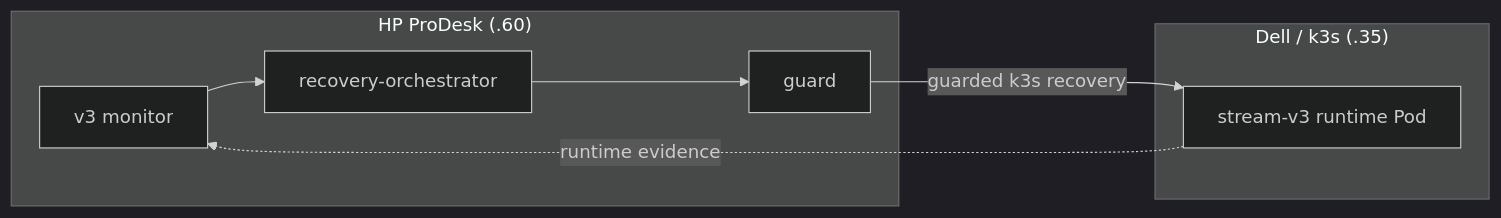
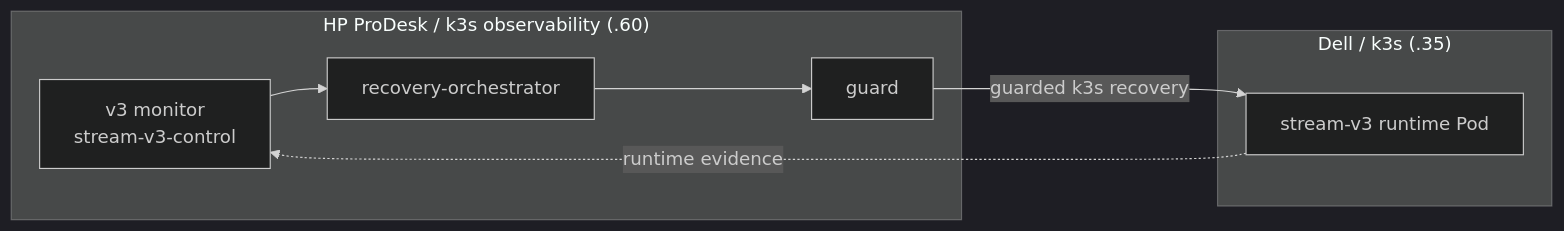
One commit to yukimurata0421/live-stream-systems-case-study changed the third of 4 diagrams in README.md. Above: the diagram before and after it, drawn with Mermaid (dark theme). The commit also changed other lines of this file and 14 other files, not shown here.

Commit message:
Document ProDesk k3s observability topology

````diff
--- a/README.md
+++ b/README.md
@@ -182,17 +193,17 @@
 ```mermaid
 flowchart LR
-    subgraph PD["HP ProDesk (.60)"]
-        MON["v3 monitor"]
+    subgraph PD["HP ProDesk / k3s observability (.60)"]
+        MON["v3 monitor<br/>stream-v3-control"]
         ORCH["recovery-orchestrator"]
         GUARD["guard"]
     end
 
     subgraph DELL["Dell / k3s (.35)"]
         RUN["stream-v3 runtime Pod"]
     end
 
     MON --> ORCH
     ORCH --> GUARD
     GUARD -->|"guarded k3s recovery"| RUN
     RUN -. runtime evidence .-> MON
 ```
````
